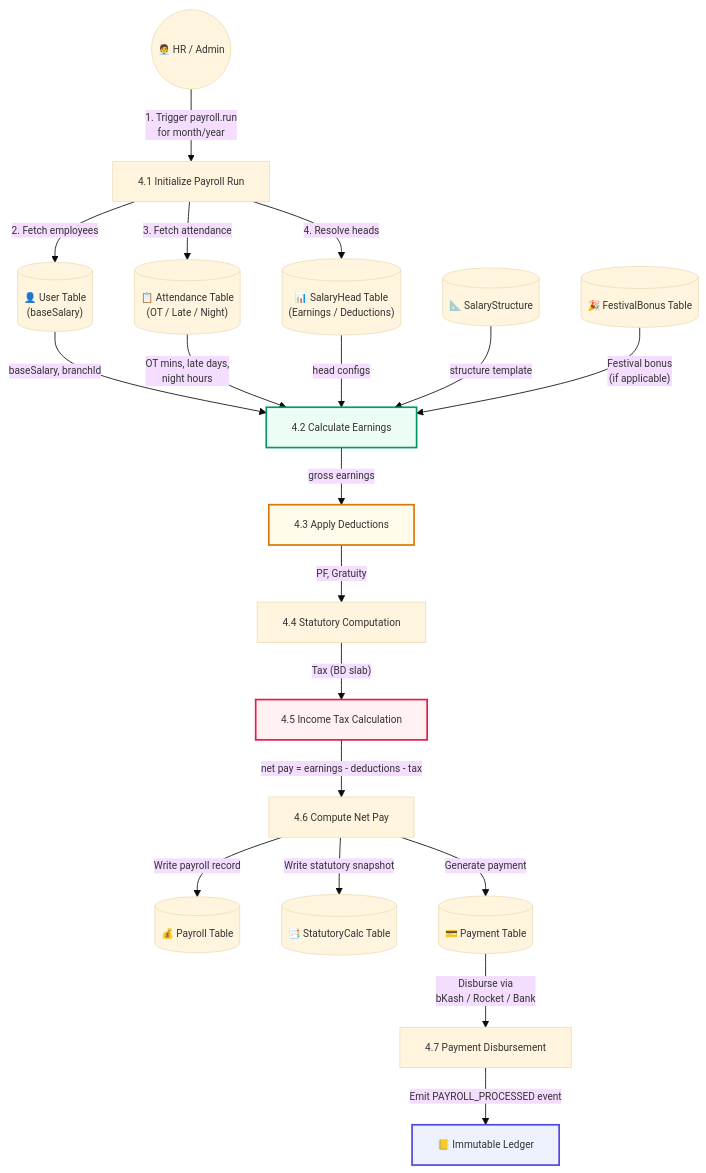
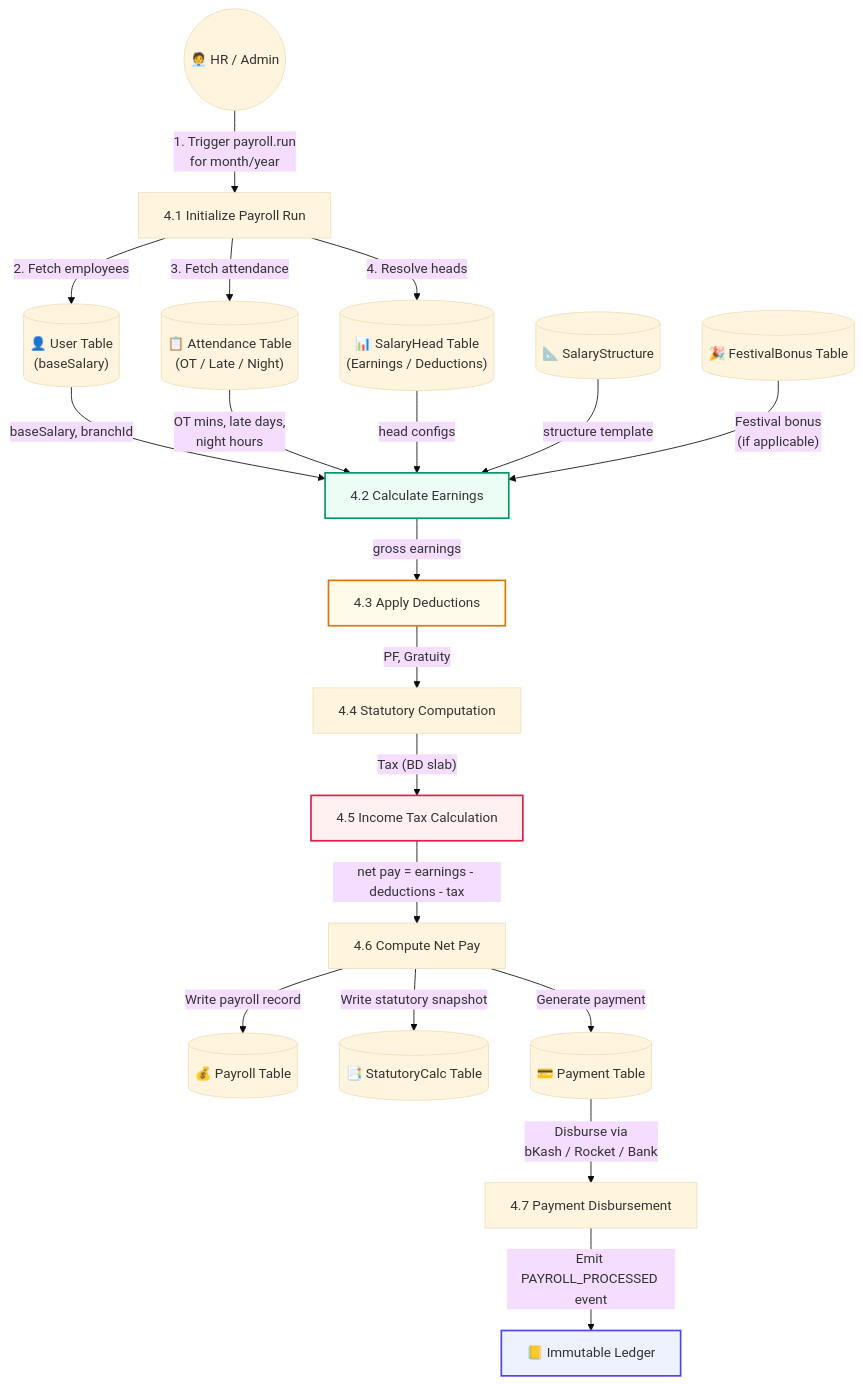
Before and after one commit to NazmulHasanNihal/employee_management_system: the diagram in docs/fig4_2c_dfd_level2_payroll.mmd, drawn with Mermaid. The commit also changed 33 other files, not shown here.

Commit message:
docs: increase font size to 16px and strip emojis for A4 PDF alignment and print readiness

```diff
--- a/docs/fig4_2c_dfd_level2_payroll.mmd
+++ b/docs/fig4_2c_dfd_level2_payroll.mmd
@@ -1,48 +1,48 @@
-%%{ init: { 'theme': 'base', 'themeVariables': { 'fontSize': '12px' } } }%%
+%%{ init: { 'theme': 'base', 'themeVariables': { 'fontSize': '16px' } } }%%
 
 flowchart TD
     %% Figure 4.2c — Level 2 Payroll Calculation Pipeline
 
     HR(("🧑‍💼 HR / Admin"))
     EMP_DB[("👤 User Table<br/>(baseSalary)")]
     ATT_DB[("📋 Attendance Table<br/>(OT / Late / Night)")]
     HEAD_DB[("📊 SalaryHead Table<br/>(Earnings / Deductions)")]
     STRUCT_DB[("📐 SalaryStructure")]
     PAY_DB[("💰 Payroll Table")]
     STAT_DB[("📑 StatutoryCalc Table")]
     BONUS_DB[("🎉 FestivalBonus Table")]
     PMT_DB[("💳 Payment Table")]
 
     HR -->|"1. Trigger payroll.run<br/>for month/year"| INIT["4.1 Initialize Payroll Run"]
     
     INIT -->|"2. Fetch employees"| EMP_DB
     EMP_DB -->|"baseSalary, branchId"| CALC["4.2 Calculate Earnings"]
     
     INIT -->|"3. Fetch attendance"| ATT_DB
     ATT_DB -->|"OT mins, late days,<br/>night hours"| CALC
     
     INIT -->|"4. Resolve heads"| HEAD_DB
     HEAD_DB -->|"head configs"| CALC
     STRUCT_DB -->|"structure template"| CALC
 
     CALC -->|"gross earnings"| DED["4.3 Apply Deductions"]
     
     DED -->|"PF, Gratuity"| STAT["4.4 Statutory Computation"]
     STAT -->|"Tax (BD slab)"| TAX["4.5 Income Tax Calculation"]
     
     BONUS_DB -->|"Festival bonus<br/>(if applicable)"| CALC
 
     TAX -->|"net pay = earnings - deductions - tax"| NET["4.6 Compute Net Pay"]
 
     NET -->|"Write payroll record"| PAY_DB
     NET -->|"Write statutory snapshot"| STAT_DB
     NET -->|"Generate payment"| PMT_DB
 
     PMT_DB -->|"Disburse via<br/>bKash / Rocket / Bank"| DISBURSE["4.7 Payment Disbursement"]
 
     DISBURSE -->|"Emit PAYROLL_PROCESSED event"| LEDGER["📒 Immutable Ledger"]
 
     style CALC fill:#ecfdf5,stroke:#059669,stroke-width:2px
     style DED fill:#fffbeb,stroke:#d97706,stroke-width:2px
     style TAX fill:#fff1f2,stroke:#e11d48,stroke-width:2px
     style LEDGER fill:#eef2ff,stroke:#4f46e5,stroke-width:2px
```
